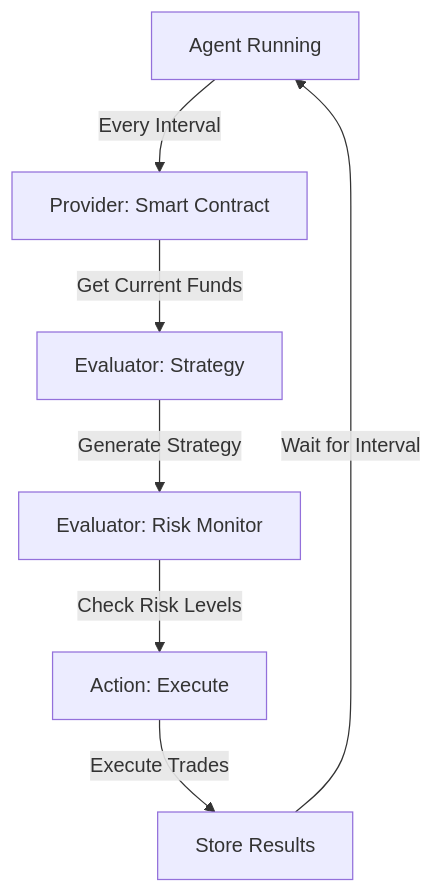
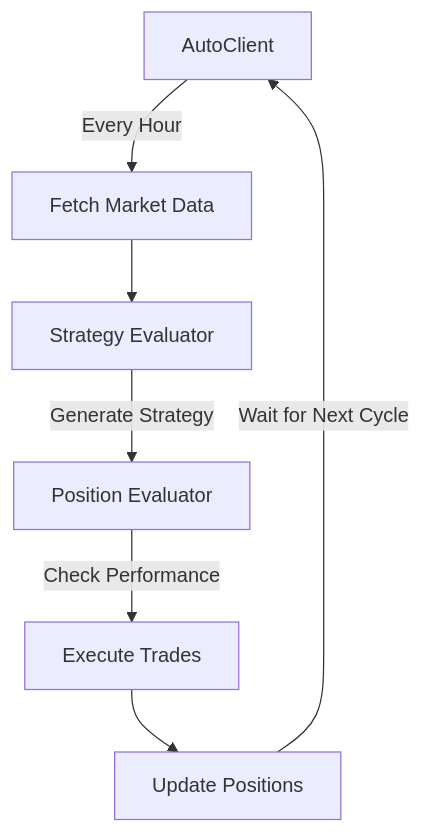
One commit to yogesh0509/Shikamaru-Protocol changed the diagram in README.md. Above: the diagram before and after it, drawn with Mermaid. The commit also changed other lines of this file, not shown here.

````diff
--- a/README.md
+++ b/README.md
@@ -54,9 +79,9 @@
 ```mermaid
 graph TD
-    A[Agent Running] -->|Every Interval| B[Provider: Smart Contract]
-    B -->|Get Current Funds| C[Evaluator: Strategy]
-    C -->|Generate Strategy| D[Evaluator: Risk Monitor]
-    D -->|Check Risk Levels| E[Action: Execute]
-    E -->|Execute Trades| F[Store Results]
-    F -->|Wait for Interval| A
+    A[AutoClient] -->|Every Hour| B[Fetch Market Data]
+    B --> C[Strategy Evaluator]
+    C -->|Generate Strategy| D[Position Evaluator]
+    D -->|Check Performance| E[Execute Trades]
+    E --> F[Update Positions]
+    F -->|Wait for Next Cycle| A
 ```
````
